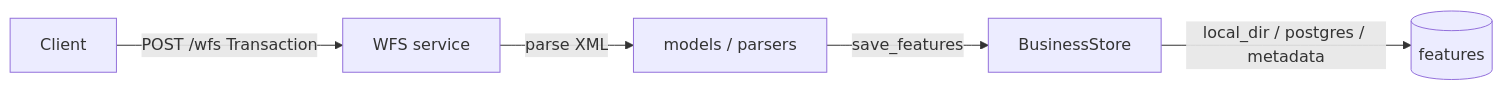
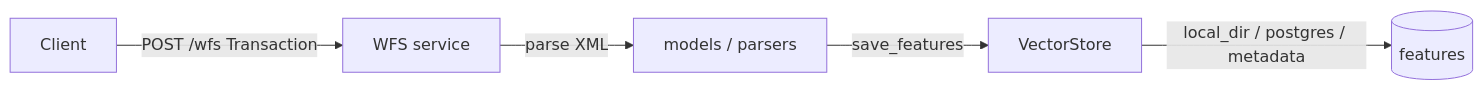
One commit to kakach96/Terrane changed the seventh of 7 diagrams in docs/ARCHITECTURE.md. Above: the diagram before and after it, drawn with Mermaid. The commit also changed other lines of this file and 29 other files, not shown here.

````diff
--- a/docs/ARCHITECTURE.md
+++ b/docs/ARCHITECTURE.md
@@ -207,7 +229,7 @@
 ```mermaid
 flowchart LR
     C[Client] -->|POST /wfs Transaction| W[WFS service]
     W -->|parse XML| P[models / parsers]
-    P -->|save_features| B[BusinessStore]
+    P -->|save_features| B[VectorStore]
     B -->|local_dir / postgres / metadata| F[(features)]
 ```
````
